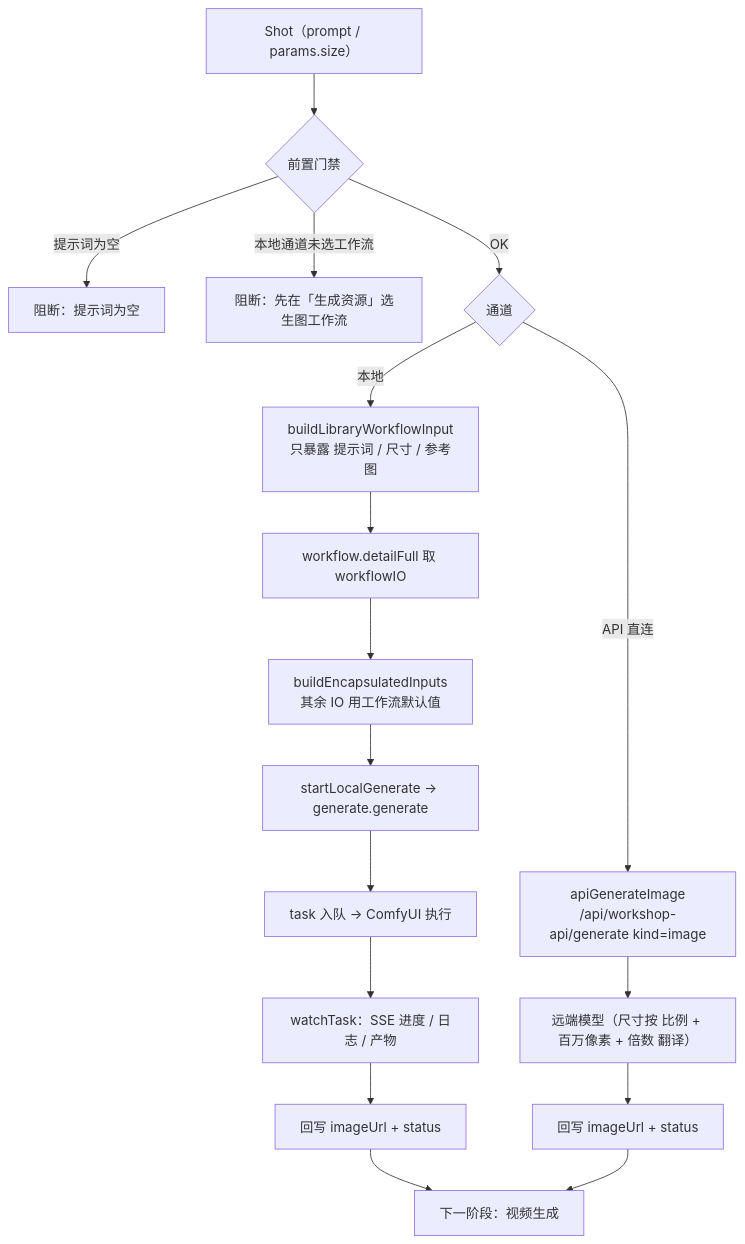
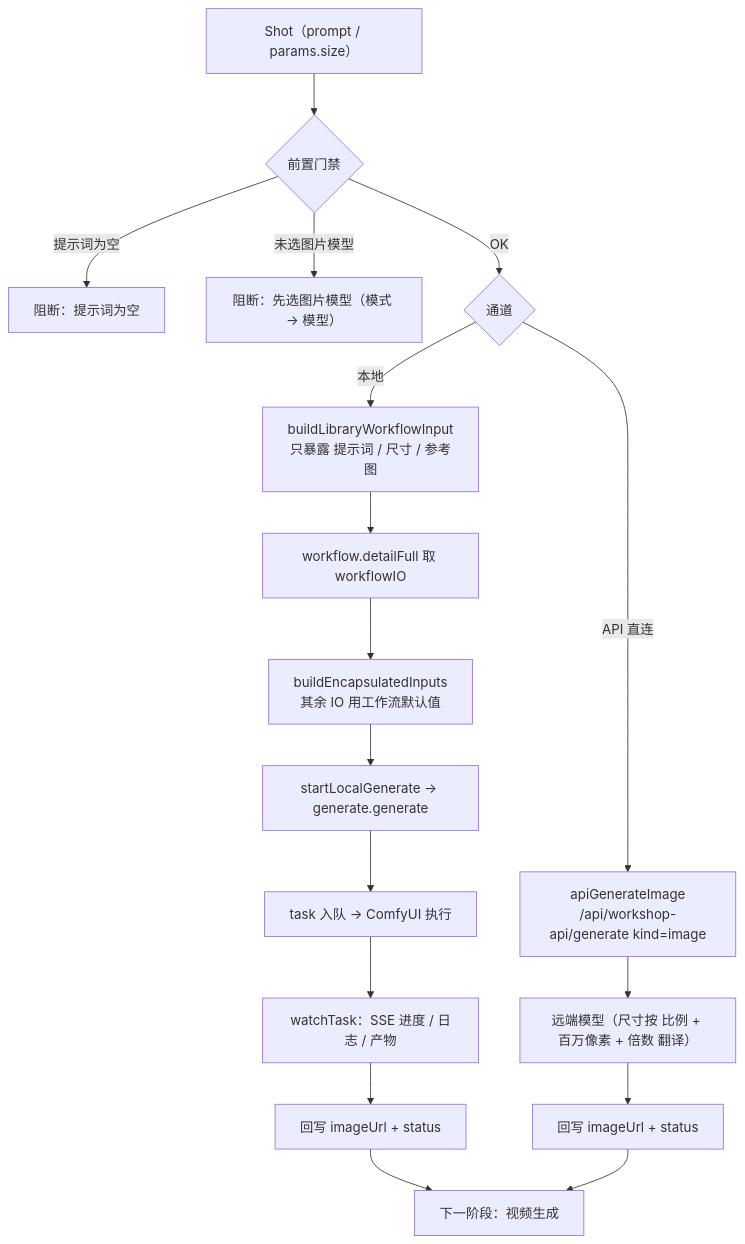
The fifth of 9 diagrams in docs/guides/feature-workshop-flow.md (wuxianyuedu/comfy-app), drawn with Mermaid before and after one commit. The commit also changed other lines of this file and 29 other files, not shown here.

````diff
--- a/docs/guides/feature-workshop-flow.md
+++ b/docs/guides/feature-workshop-flow.md
@@ -185,22 +185,22 @@
 ```mermaid
 flowchart TD
   SHOT["Shot（prompt / params.size）"] --> GUARD{"前置门禁"}
   GUARD -->|提示词为空| E1["阻断：提示词为空"]
-  GUARD -->|本地通道未选工作流| E2["阻断：先在「生成资源」选生图工作流"]
+  GUARD -->|未选图片模型| E2["阻断：先选图片模型（模式 → 模型）"]
   GUARD -->|OK| CH{"通道"}
 
   CH -->|本地| L1["buildLibraryWorkflowInput<br/>只暴露 提示词 / 尺寸 / 参考图"]
   L1 --> L2["workflow.detailFull 取 workflowIO"]
   L2 --> L3["buildEncapsulatedInputs<br/>其余 IO 用工作流默认值"]
   L3 --> L4["startLocalGenerate → generate.generate"]
   L4 --> L5["task 入队 → ComfyUI 执行"]
   L5 --> L6["watchTask：SSE 进度 / 日志 / 产物"]
   L6 --> L7["回写 imageUrl + status"]
 
   CH -->|API 直连| A1["apiGenerateImage<br/>/api/workshop-api/generate kind=image"]
   A1 --> A2["远端模型（尺寸按 比例 + 百万像素 + 倍数 翻译）"]
   A2 --> A7["回写 imageUrl + status"]
 
   L7 --> NEXT["下一阶段：视频生成"]
   A7 --> NEXT
 ```
````
